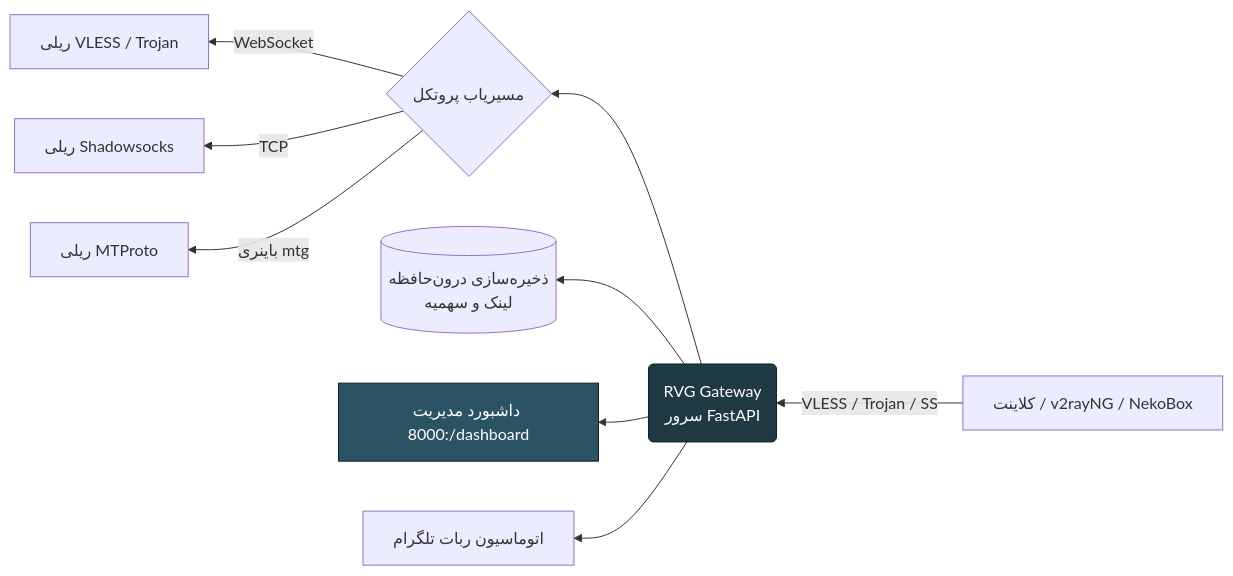
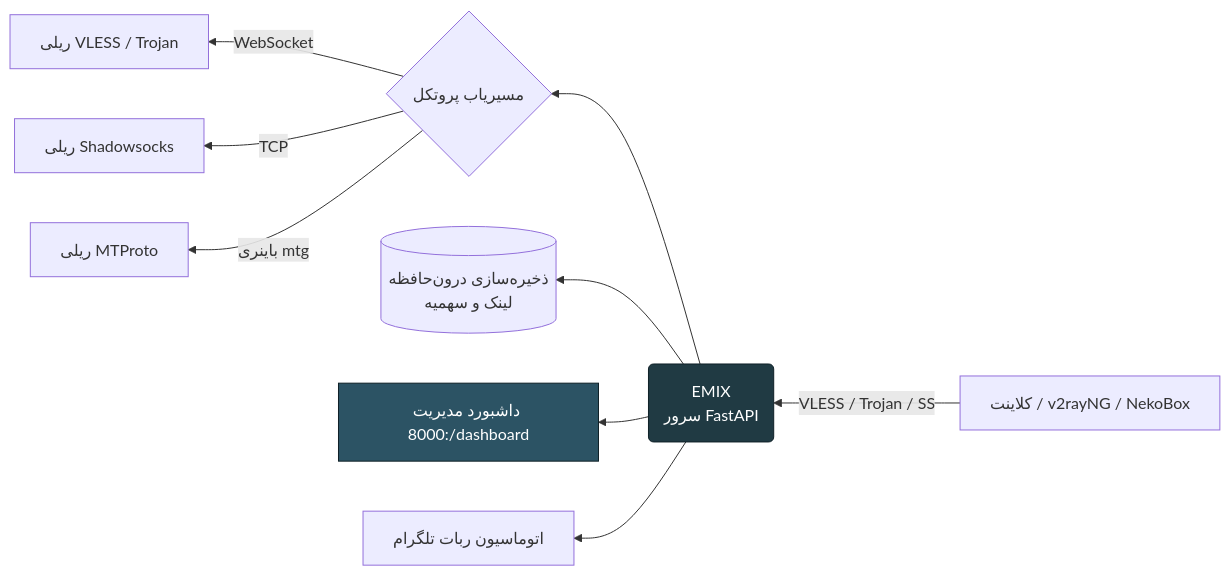
Before and after one commit to EMIXPI/EMIX: the second of 2 diagrams in README.md, drawn with Mermaid. The commit also changed other lines of this file and 9 other files, not shown here.

````diff
--- a/README.md
+++ b/README.md
@@ -404,13 +404,13 @@
 ```mermaid
 flowchart RL
-    A[کلاینت / v2rayNG / NekoBox] -->|VLESS / Trojan / SS| B(RVG Gateway<br/>سرور FastAPI)
+    A[کلاینت / v2rayNG / NekoBox] -->|VLESS / Trojan / SS| B(EMIX<br/>سرور FastAPI)
     B --> C{مسیریاب پروتکل}
     C -->|WebSocket| D[ریلی VLESS / Trojan]
     C -->|TCP| E[ریلی Shadowsocks]
     C -->|باینری mtg| F[ریلی MTProto]
     B --> G[(ذخیره‌سازی درون‌حافظه<br/>لینک و سهمیه)]
     B --> H[داشبورد مدیریت :8000/dashboard]
     B --> I[اتوماسیون ربات تلگرام]
     style B fill:#203a43,stroke:#0f2027,color:#fff
     style H fill:#2c5364,stroke:#0f2027,color:#fff
 ```
````
